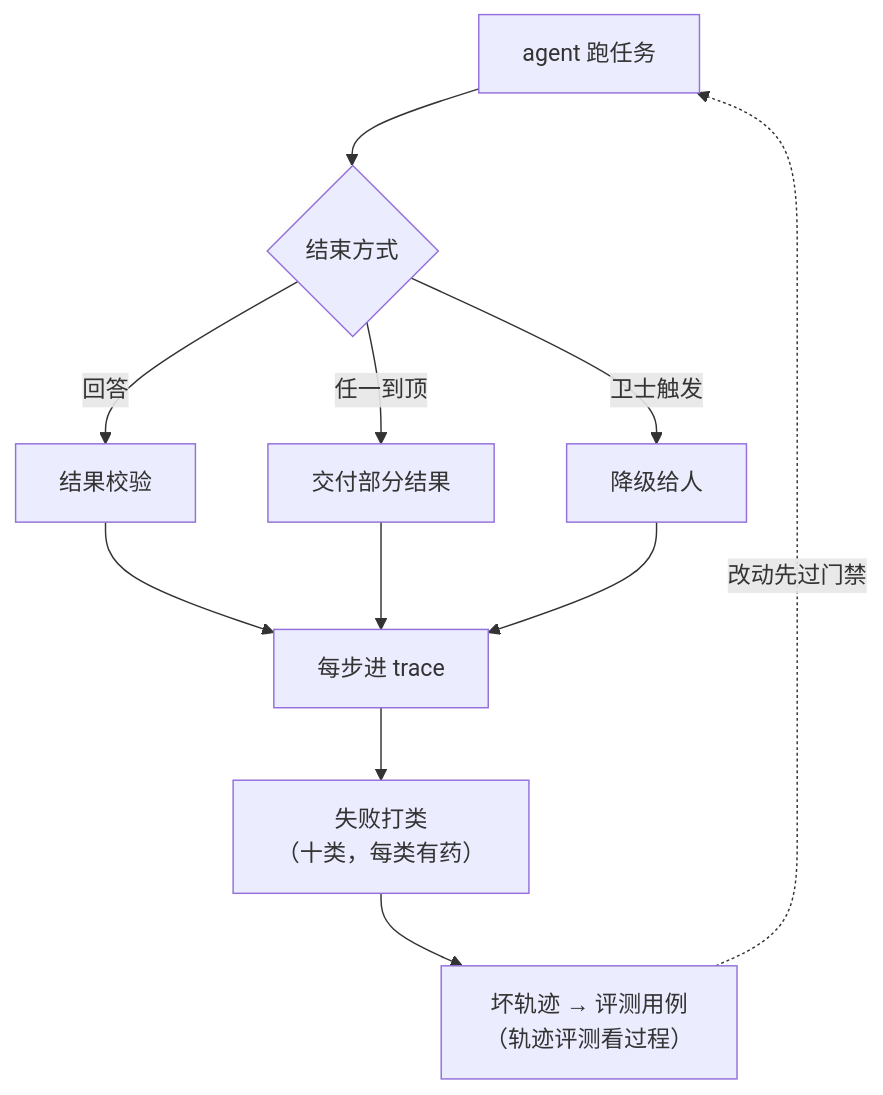
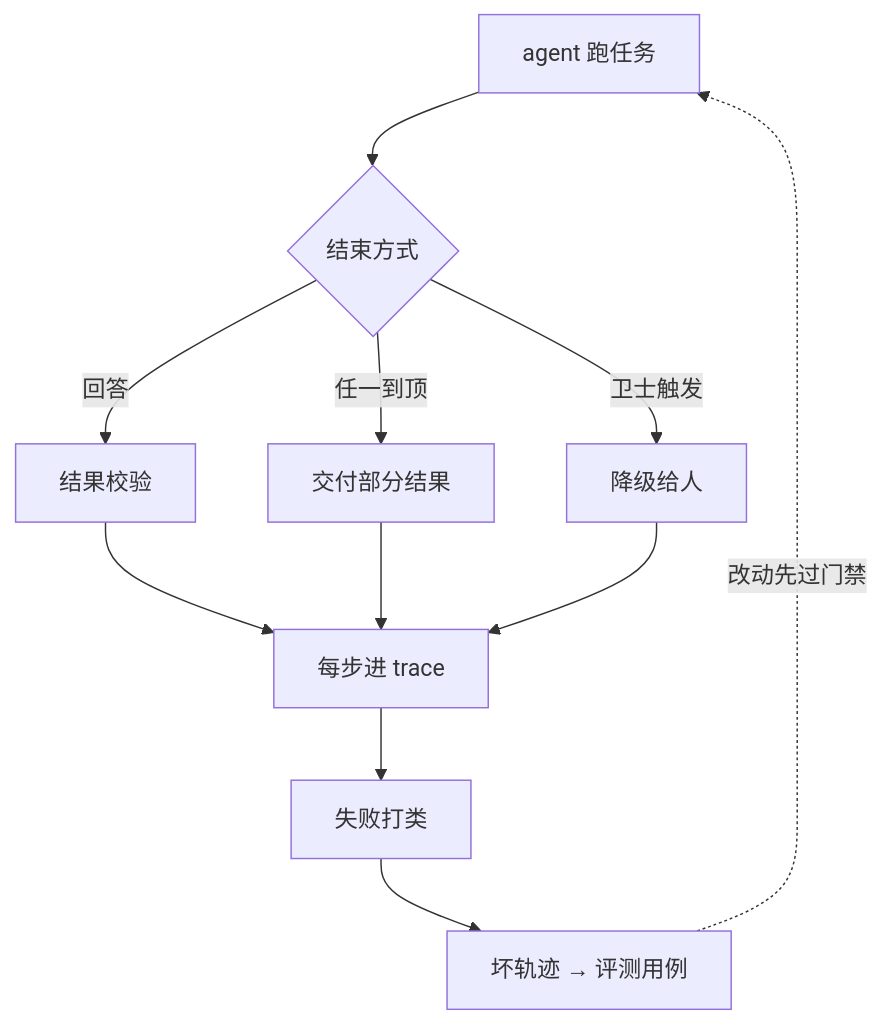
One commit to arganzheng/arganzheng.github.com changed the tenth of 10 diagrams in slides/2026-10-29-agent-and-harness.md. Above: the diagram before and after it, drawn with Mermaid. The commit also changed other lines of this file, not shown here.

Commit message:
slides(2026-10-29-agent-and-harness): 图内文字 ≥14px——标签缩短/拆分/Unicode 数学

````diff
--- a/slides/2026-10-29-agent-and-harness.md
+++ b/slides/2026-10-29-agent-and-harness.md
@@ -367,13 +373,13 @@
 ```mermaid
 %%{init: {"flowchart": {"wrappingWidth": 460}}}%%
 flowchart TB
     R["agent 跑任务"] --> O{"结束方式"}
     O -- "回答" --> V["结果校验"]
     O -- "任一到顶" --> P["交付部分结果"]
     O -- "卫士触发" --> H["降级给人"]
     V & P & H --> TR["每步进 trace"]
-    TR --> C["失败打类<br/>（十类，每类有药）"]
-    C --> E["坏轨迹 → 评测用例<br/>（轨迹评测看过程）"]
+    TR --> C["失败打类"]
+    C --> E["坏轨迹 → 评测用例"]
     E -. "改动先过门禁" .-> R
 
 ```
````
